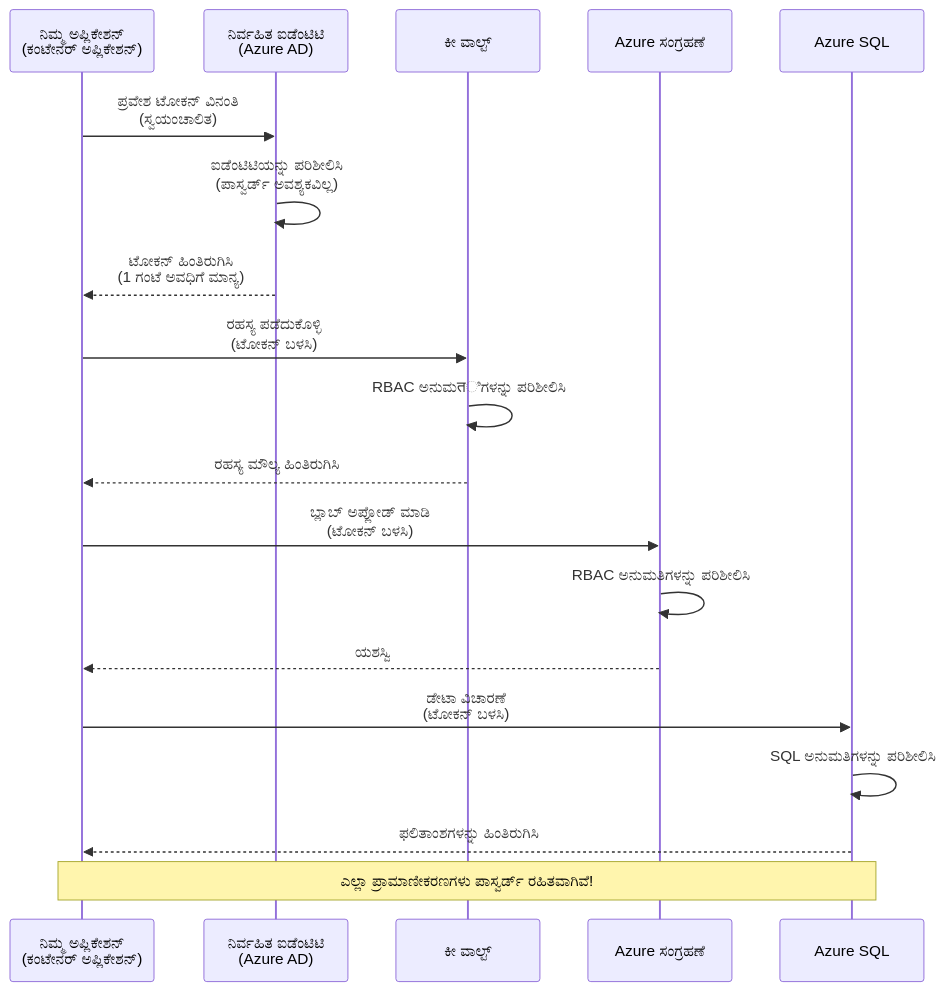
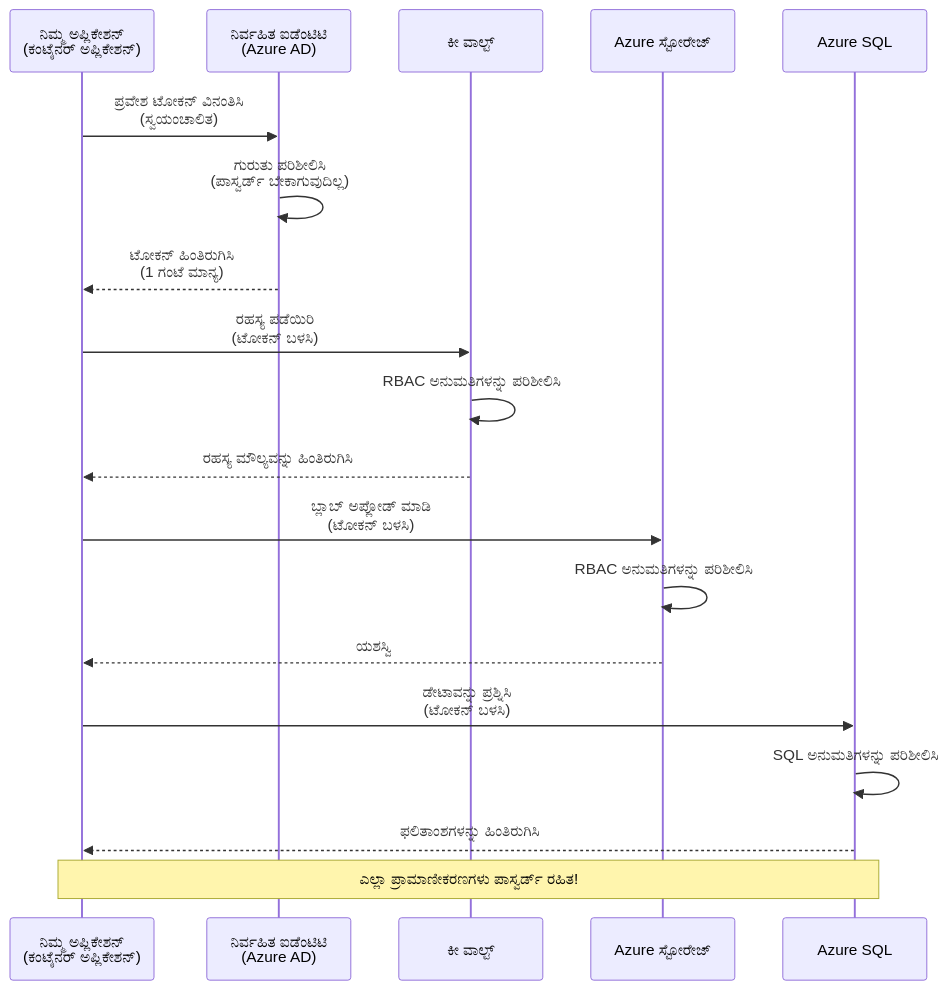
The first of 2 diagrams in translations/kn/docs/chapter-03-configuration/authsecurity.md (microsoft/AZD-for-beginners), drawn with Mermaid before and after one commit. The commit also changed other lines of this file and 102 other files, not shown here.

````diff
--- a/translations/kn/docs/chapter-03-configuration/authsecurity.md
+++ b/translations/kn/docs/chapter-03-configuration/authsecurity.md
@@ -69,26 +69,26 @@
 ```mermaid
 sequenceDiagram
-    participant App as ನಿಮ್ಮ ಅಪ್ಲಿಕೇಶನ್<br/>(ಕಂಟೇನರ್ ಅಪ್ಲಿಕೇಶನ್)
+    participant App as ನಿಮ್ಮ ಅಪ್ಲಿಕೇಶನ್<br/>(ಕಂಟೈನರ್ ಅಪ್ಲಿಕೇಶನ್)
     participant MI as ನಿರ್ವಹಿತ ಐಡೆಂಟಿಟಿ<br/>(Azure AD)
     participant KV as ಕೀ ವಾಲ್ಟ್
-    participant Storage as Azure ಸಂಗ್ರಹಣೆ
+    participant Storage as Azure ಸ್ಟೋರೇಜ್
     participant DB as Azure SQL
     
-    App->>MI: ಪ್ರವೇಶ ಟೋಕನ್ ವಿನಂತಿ<br/>(ಸ್ವಯಂಚಾಲಿತ)
-    MI->>MI: ಐಡೆಂಟಿಟಿಯನ್ನು ಪರಿಶೀಲಿಸಿ<br/>(ಪಾಸ್ವರ್ಡ್ ಅವಶ್ಯಕವಿಲ್ಲ)
-    MI-->>App: ಟೋಕನ್ ಹಿಂತಿರುಗಿಸಿ<br/>(1 ಗಂಟೆ ಅವಧಿಗೆ ಮಾನ್ಯ)
+    App->>MI: ಪ್ರವೇಶ ಟೋಕನ್ ವಿನಂತಿಸಿ<br/>(ಸ್ವಯಂಚಾಲಿತ)
+    MI->>MI: ಗುರುತು ಪರಿಶೀಲಿಸಿ<br/>(ಪಾಸ್ವರ್ಡ್ ಬೇಕಾಗುವುದಿಲ್ಲ)
+    MI-->>App: ಟೋಕನ್ ಹಿಂತಿರುಗಿಸಿ<br/>(1 ಗಂಟೆ ಮಾನ್ಯ)
     
-    App->>KV: ರಹಸ್ಯ ಪಡೆದುಕೊಳ್ಳಿ<br/>(ಟೋಕನ್ ಬಳಸಿ)
-    KV->>KV: RBAC ಅನುಮतಿಗಳನ್ನು ಪರಿಶೀಲಿಸಿ
-    KV-->>App: ರಹಸ್ಯ ಮೌಲ್ಯ ಹಿಂತಿರುಗಿಸಿ
+    App->>KV: ರಹಸ್ಯ ಪಡೆಯಿರಿ<br/>(ಟೋಕನ್ ಬಳಸಿ)
+    KV->>KV: RBAC ಅನುಮತಿಗಳನ್ನು ಪರಿಶೀಲಿಸಿ
+    KV-->>App: ರಹಸ್ಯ ಮೌಲ್ಯವನ್ನು ಹಿಂತಿರುಗಿಸಿ
     
     App->>Storage: ಬ್ಲಾಬ್ ಅಪ್ಲೋಡ್ ಮಾಡಿ<br/>(ಟೋಕನ್ ಬಳಸಿ)
     Storage->>Storage: RBAC ಅನುಮತಿಗಳನ್ನು ಪರಿಶೀಲಿಸಿ
     Storage-->>App: ಯಶಸ್ವಿ
     
-    App->>DB: ಡೇಟಾ ವಿಚಾರಣೆ<br/>(ಟೋಕನ್ ಬಳಸಿ)
+    App->>DB: ಡೇಟಾವನ್ನು ಪ್ರಶ್ನಿಸಿ<br/>(ಟೋಕನ್ ಬಳಸಿ)
     DB->>DB: SQL ಅನುಮತಿಗಳನ್ನು ಪರಿಶೀಲಿಸಿ
     DB-->>App: ಫಲಿತಾಂಶಗಳನ್ನು ಹಿಂತಿರುಗಿಸಿ
     
-    Note over App,DB: ಎಲ್ಲಾ ಪ್ರಾಮಾಣೀಕರಣಗಳು ಪಾಸ್ವರ್ಡ್ ರಹಿತವಾಗಿವೆ!
+    Note over App,DB: ಎಲ್ಲಾ ಪ್ರಾಮಾಣೀಕರಣಗಳು ಪಾಸ್ವರ್ಡ್ ರಹಿತ!
 ```
````
